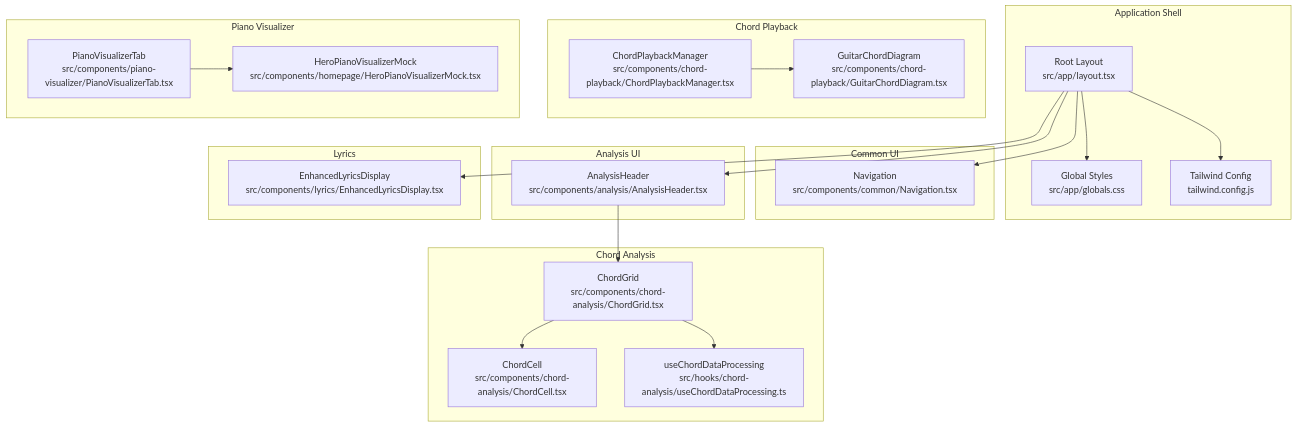
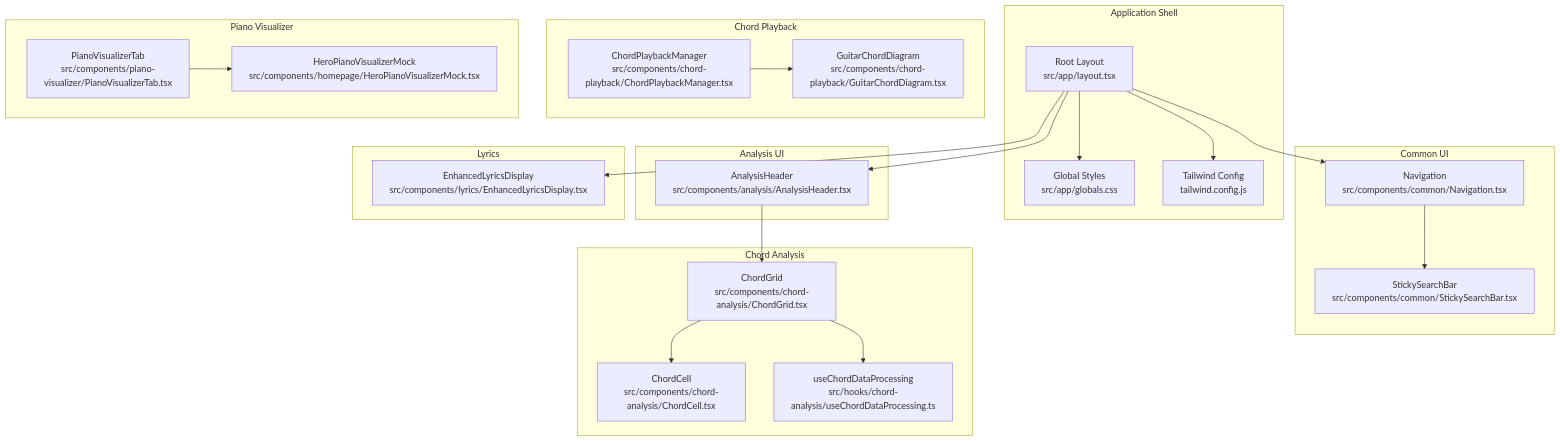
The first of 10 diagrams in .qoder/repowiki/en/content/Frontend Application/Component Library and UI System/Component Library and UI System.md (ptnghia-j/ChordMiniApp), drawn with Mermaid before and after one commit. The commit also changed other lines of this file and 13 other files, not shown here.

````diff
--- a/.qoder/repowiki/en/content/Frontend Application/Component Library and UI System/Component Library and UI System.md
+++ b/.qoder/repowiki/en/content/Frontend Application/Component Library and UI System/Component Library and UI System.md
@@ -46,40 +47,42 @@
 ```mermaid
 graph TB
 subgraph "Application Shell"
 LAYOUT["Root Layout<br/>src/app/layout.tsx"]
 GLOBALS["Global Styles<br/>src/app/globals.css"]
 TWCFG["Tailwind Config<br/>tailwind.config.js"]
 end
 subgraph "Common UI"
 NAV["Navigation<br/>src/components/common/Navigation.tsx"]
+SEARCH["StickySearchBar<br/>src/components/common/StickySearchBar.tsx"]
 end
 subgraph "Analysis UI"
 AH["AnalysisHeader<br/>src/components/analysis/AnalysisHeader.tsx"]
 end
 subgraph "Chord Analysis"
 CGRID["ChordGrid<br/>src/components/chord-analysis/ChordGrid.tsx"]
 CCELL["ChordCell<br/>src/components/chord-analysis/ChordCell.tsx"]
 HOOKS["useChordDataProcessing<br/>src/hooks/chord-analysis/useChordDataProcessing.ts"]
 end
 subgraph "Chord Playback"
 PCM["ChordPlaybackManager<br/>src/components/chord-playback/ChordPlaybackManager.tsx"]
 GCD["GuitarChordDiagram<br/>src/components/chord-playback/GuitarChordDiagram.tsx"]
 end
 subgraph "Piano Visualizer"
 PV_TAB["PianoVisualizerTab<br/>src/components/piano-visualizer/PianoVisualizerTab.tsx"]
 HPVM["HeroPianoVisualizerMock<br/>src/components/homepage/HeroPianoVisualizerMock.tsx"]
 end
 subgraph "Lyrics"
 EL["EnhancedLyricsDisplay<br/>src/components/lyrics/EnhancedLyricsDisplay.tsx"]
 end
 LAYOUT --> GLOBALS
 LAYOUT --> TWCFG
 LAYOUT --> NAV
+NAV --> SEARCH
 LAYOUT --> AH
 AH --> CGRID
 CGRID --> CCELL
 CGRID --> HOOKS
 PCM --> GCD
 PV_TAB --> HPVM
 LAYOUT --> EL
 ```
````
